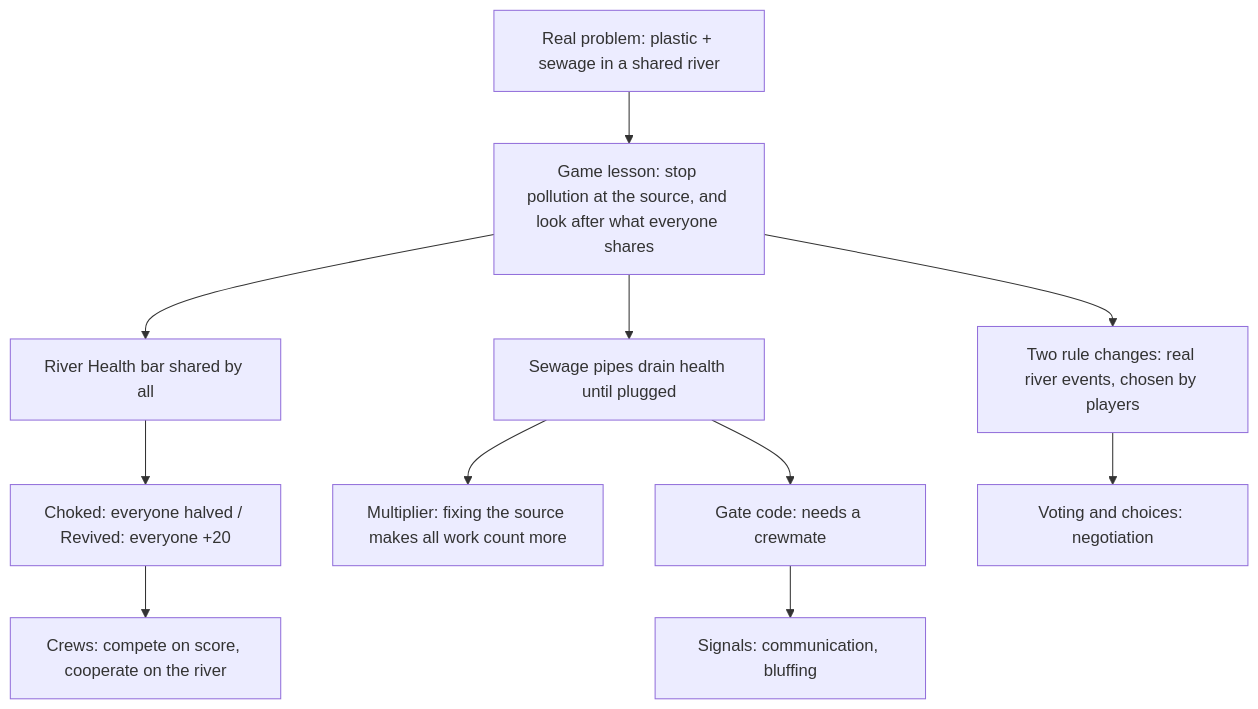
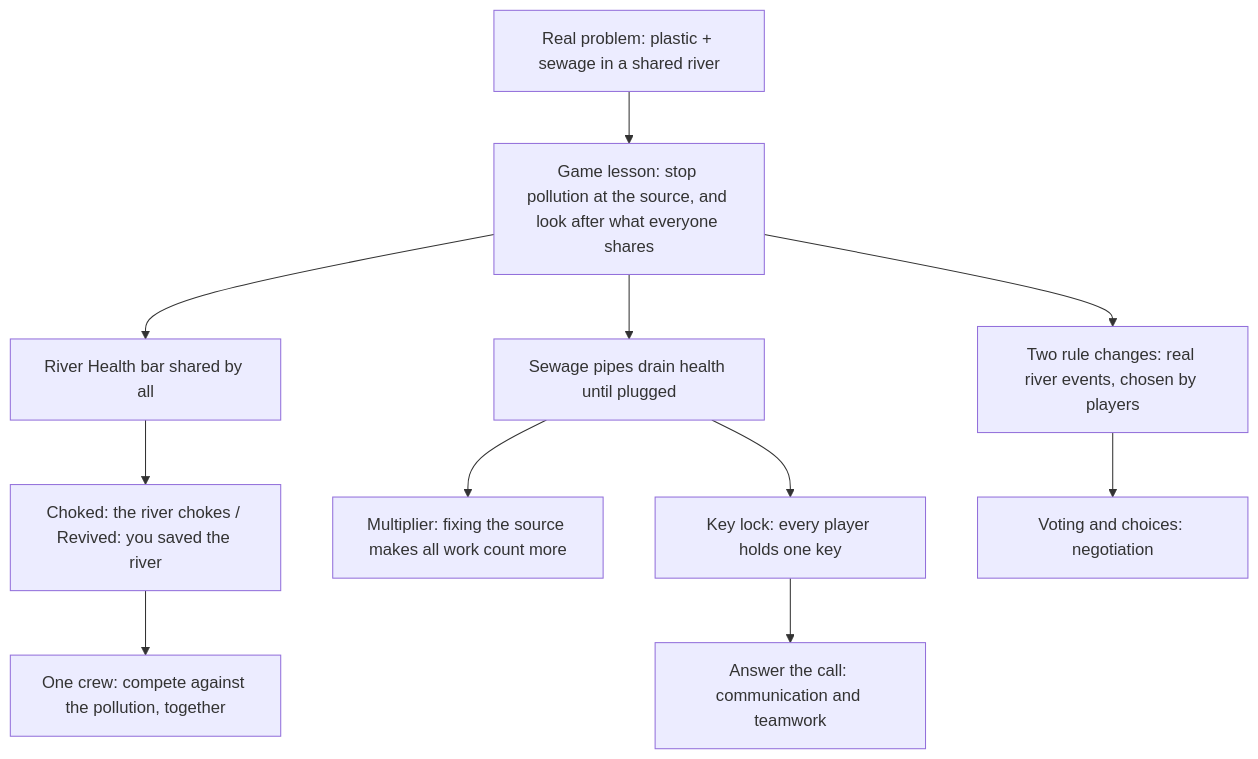
Before and after one commit to Jaycubic/Game-design: the second of 2 diagrams in docs/GAME_EXPLAINED.md, drawn with Mermaid. The commit also changed other lines of this file and 21 other files, not shown here.

First line of the commit message:
One crew, crew key locks, team Endless and a Quit button

````diff
--- a/docs/GAME_EXPLAINED.md
+++ b/docs/GAME_EXPLAINED.md
@@ -481,13 +483,13 @@
 ```mermaid
 flowchart TD
     P[Real problem: plastic + sewage in a shared river] --> L[Game lesson: stop pollution at the source, and look after what everyone shares]
     L --> RH[River Health bar shared by all]
     L --> PI[Sewage pipes drain health until plugged]
-    PI --> GC[Gate code: needs a crewmate]
-    GC --> SG[Signals: communication, bluffing]
+    PI --> GC[Key lock: every player holds one key]
+    GC --> SG[Answer the call: communication and teamwork]
     PI --> MU[Multiplier: fixing the source makes all work count more]
-    RH --> CH[Choked: everyone halved / Revived: everyone +20]
+    RH --> CH[Choked: the river chokes / Revived: you saved the river]
     L --> RC[Two rule changes: real river events, chosen by players]
     RC --> NE[Voting and choices: negotiation]
-    CH --> CO[Crews: compete on score, cooperate on the river]
+    CH --> CO[One crew: compete against the pollution, together]
 ```
````
